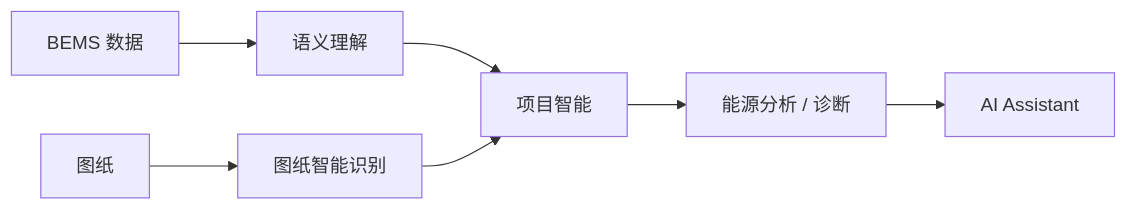
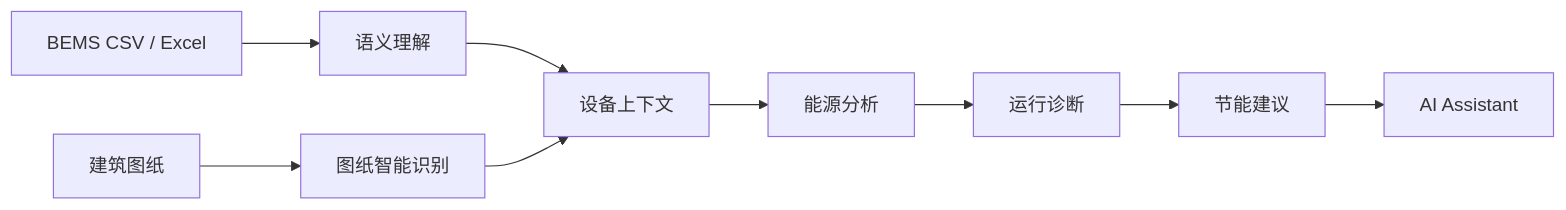
One commit to KaedeharaT/hvac-ai-analyzer changed the first of 3 diagrams in README_zh.md. Above: the diagram before and after it, drawn with Mermaid. The commit also changed other lines of this file and 6 other files, not shown here.

````diff
--- a/README_zh.md
+++ b/README_zh.md
@@ -29,9 +35,11 @@
 ```mermaid
 flowchart LR
-    A[BEMS 数据] --> B[语义理解]
-    B --> C[项目智能]
-    X[图纸] --> Y[图纸智能识别]
-    Y --> C
-    C --> D[能源分析 / 诊断]
-    D --> E[AI Assistant]
+    A[BEMS CSV / Excel] --> B[语义理解]
+    D[建筑图纸] --> E[图纸智能识别]
+    B --> C[设备上下文]
+    E --> C
+    C --> F[能源分析]
+    F --> G[运行诊断]
+    G --> H[节能建议]
+    H --> I[AI Assistant]
 ```
````
